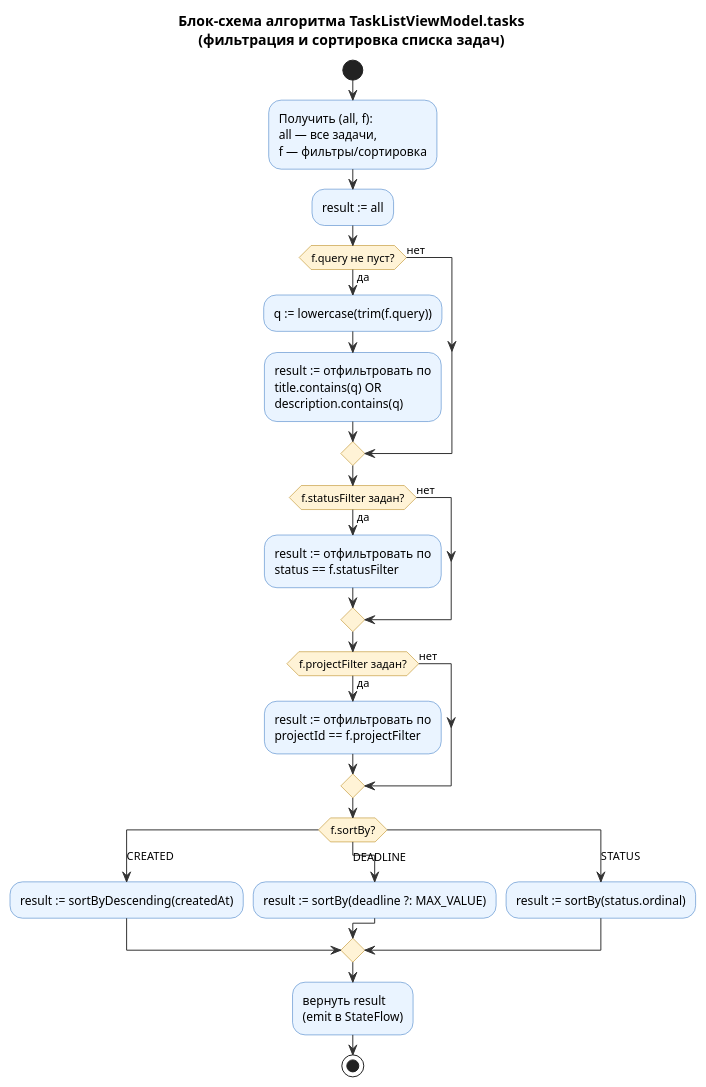
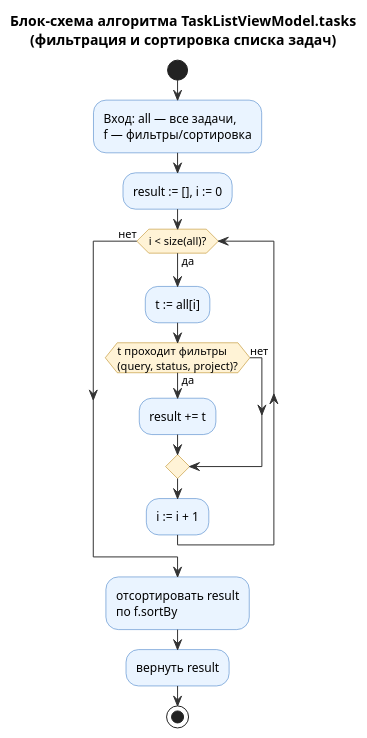
Before and after one commit to molodoi1337/TaskTrackerSKB: the diagram in docs/flowchart_tasklistfilter.puml, drawn with PlantUML. The commit also changed 2 other files, not shown here.

Commit message:
Compact TaskListFilter flowchart: single loop with predicate check

```diff
--- a/docs/flowchart_tasklistfilter.puml
+++ b/docs/flowchart_tasklistfilter.puml
@@ -1,47 +1,32 @@
 @startuml Flowchart_TaskListFilter
 title Блок-схема алгоритма TaskListViewModel.tasks\n(фильтрация и сортировка списка задач)
 
 skinparam backgroundColor #FFFFFF
 skinparam shadowing false
 skinparam ActivityBackgroundColor #EAF4FF
 skinparam ActivityBorderColor #2A6FBF
 skinparam ActivityDiamondBackgroundColor #FFF3D6
 skinparam ActivityDiamondBorderColor #B07A00
 skinparam ArrowColor #333333
 skinparam defaultFontName Sans
 
 start
 
-:Получить (all, f):\nall — все задачи,\nf — фильтры/сортировка;
-:result := all;
+:Вход: all — все задачи,\nf — фильтры/сортировка;
+:result := [], i := 0;
 
-if (f.query не пуст?) then (да)
-  :q := lowercase(trim(f.query));
-  :result := отфильтровать по\ntitle.contains(q) OR\ndescription.contains(q);
-else (нет)
-endif
+while (i < size(all)?) is (да)
+  :t := all[i];
+  if (t проходит фильтры\n(query, status, project)?) then (да)
+    :result += t;
+  else (нет)
+  endif
+  :i := i + 1;
+endwhile (нет)
 
-if (f.statusFilter задан?) then (да)
-  :result := отфильтровать по\nstatus == f.statusFilter;
-else (нет)
-endif
-
-if (f.projectFilter задан?) then (да)
-  :result := отфильтровать по\nprojectId == f.projectFilter;
-else (нет)
-endif
-
-switch (f.sortBy?)
-case (CREATED)
-  :result := sortByDescending(createdAt);
-case (DEADLINE)
-  :result := sortBy(deadline ?: MAX_VALUE);
-case (STATUS)
-  :result := sortBy(status.ordinal);
-endswitch
-
-:вернуть result\n(emit в StateFlow);
+:отсортировать result\nпо f.sortBy;
+:вернуть result;
 
 stop
 
 @enduml
```
